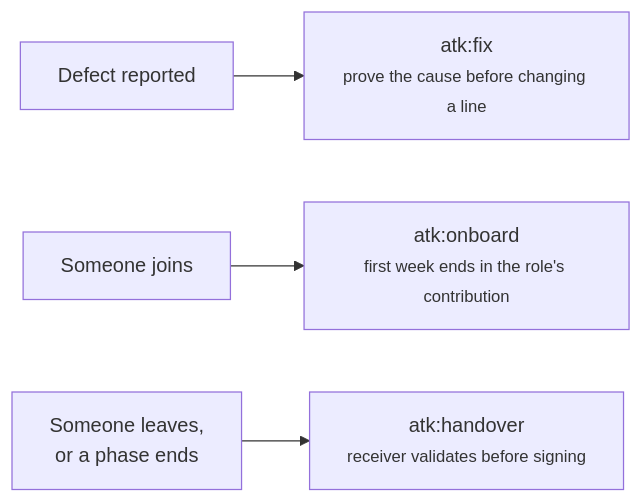
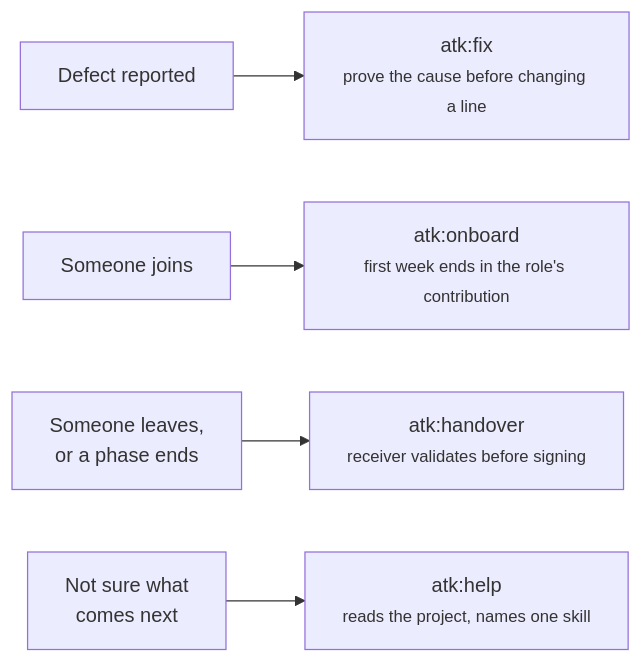
The third of 3 diagrams in docs/flow/project-flow.md (lamngockhuong/aiteamkit), drawn with Mermaid before and after one commit. The commit also changed other lines of this file and 34 other files, not shown here.

````diff
--- a/docs/flow/project-flow.md
+++ b/docs/flow/project-flow.md
@@ -139,6 +140,7 @@
 ```mermaid
 flowchart LR
     X1["Defect reported"] --> X2["atk:fix<br/><small>prove the cause before changing a line</small>"]
     X3["Someone joins"] --> X4["atk:onboard<br/><small>first week ends in the role's contribution</small>"]
     X5["Someone leaves,<br/>or a phase ends"] --> X6["atk:handover<br/><small>receiver validates before signing</small>"]
+    X7["Not sure what<br/>comes next"] --> X8["atk:help<br/><small>reads the project, names one skill</small>"]
 ```
````
